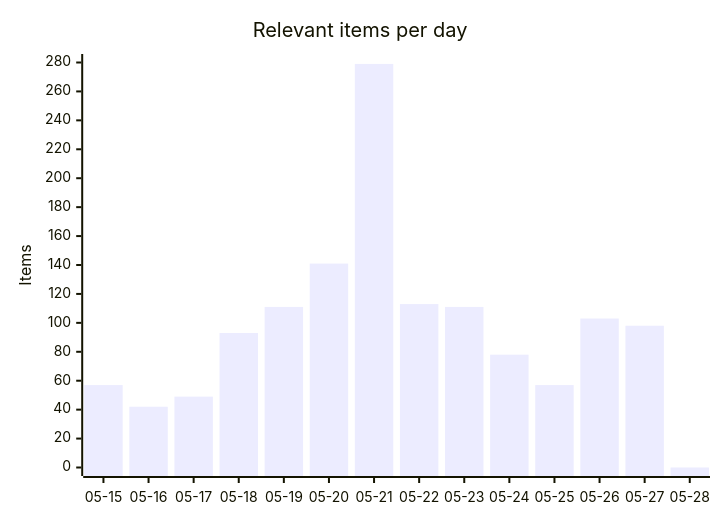
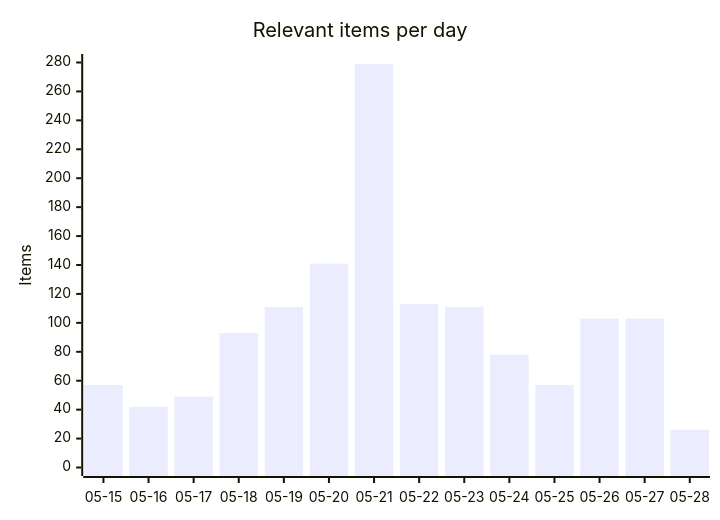
Before and after one commit to martinbalfanz/social-scanner-reports: the first of 4 diagrams in README.md, drawn with Mermaid. The commit also changed other lines of this file and 4 other files, not shown here.

````diff
--- a/README.md
+++ b/README.md
@@ -30,7 +30,7 @@
 ```mermaid
 xychart-beta
     title "Relevant items per day"
     x-axis ["05-15", "05-16", "05-17", "05-18", "05-19", "05-20", "05-21", "05-22", "05-23", "05-24", "05-25", "05-26", "05-27", "05-28"]
     y-axis "Items" 0 --> 280
-    bar [57, 42, 49, 93, 111, 141, 279, 113, 111, 78, 57, 103, 98, 0]
+    bar [57, 42, 49, 93, 111, 141, 279, 113, 111, 78, 57, 103, 103, 26]
 ```
````
